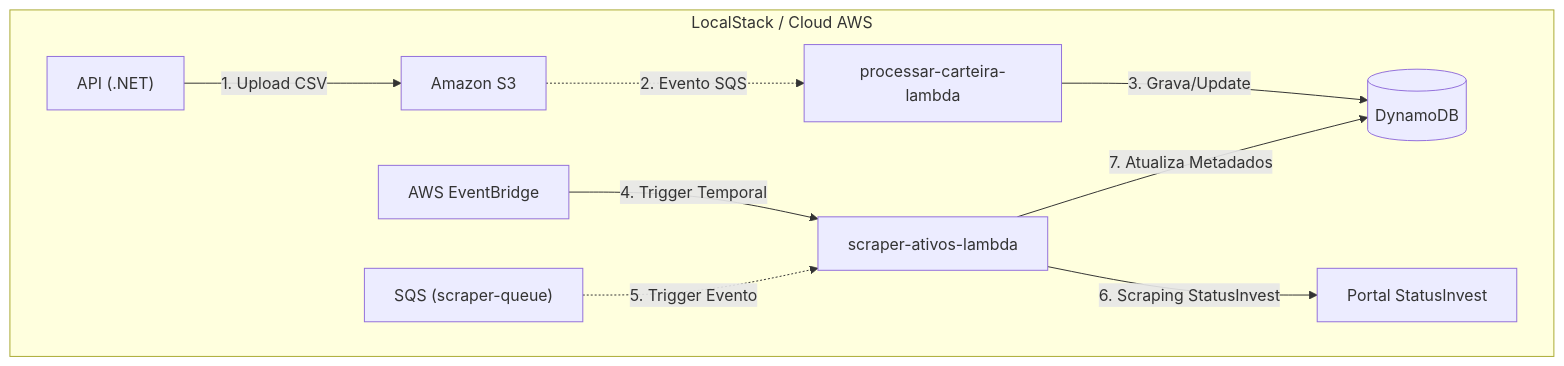
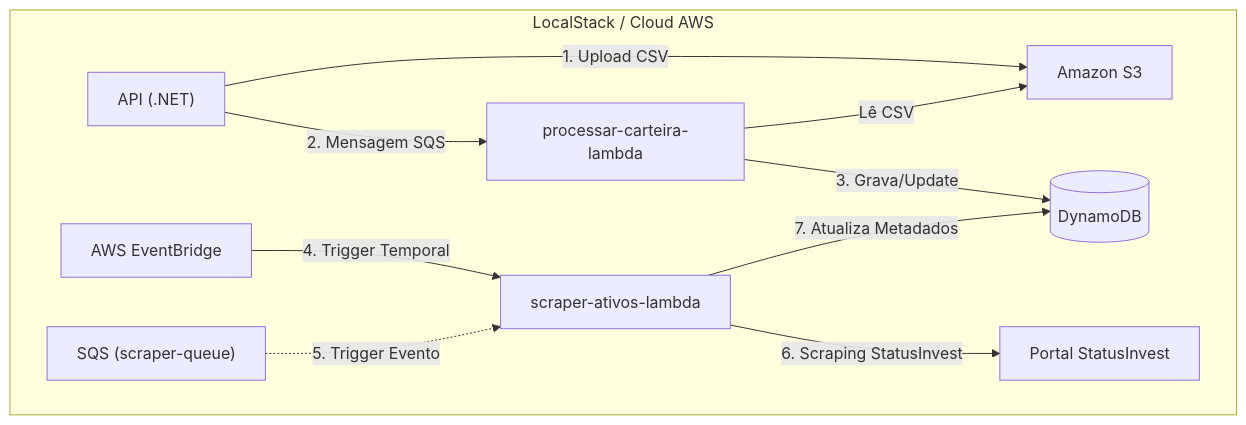
One commit to JTBCode86/fii-analytics-engine changed the diagram in README.md. Above: the diagram before and after it, drawn with Mermaid. The commit also changed other lines of this file and 51 other files, not shown here.

````diff
--- a/README.md
+++ b/README.md
@@ -21,13 +22,14 @@
 ```mermaid
 graph TD
     subgraph LocalStack ["LocalStack / Cloud AWS"]
         A["API (.NET)"] -->|"1. Upload CSV"| B["Amazon S3"]
-        B -.->|"2. Evento SQS"| C["processar-carteira-lambda"]
+        A -->|"2. Mensagem SQS"| C["processar-carteira-lambda"]
+        C -->|"Lê CSV"| B
         C -->|"3. Grava/Update"| D[("DynamoDB")]
         
         E["AWS EventBridge"] -->|"4. Trigger Temporal"| F["scraper-ativos-lambda"]
         G["SQS (scraper-queue)"] -.->|"5. Trigger Evento"| F
         F -->|"6. Scraping StatusInvest"| H["Portal StatusInvest"]
         F -->|"7. Atualiza Metadados"| D
     end
 ```
````
